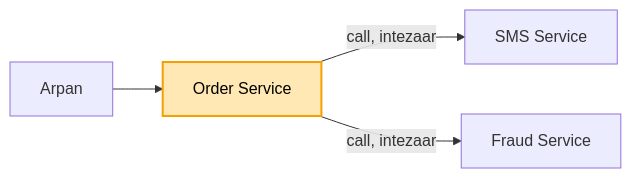
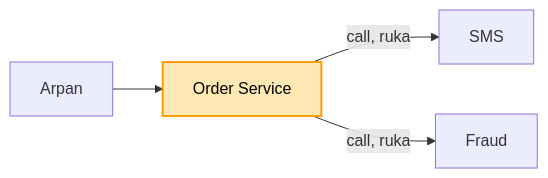
Before and after one commit to ArpanMaheshwari144/Prep: the first of 8 diagrams in 04_HLD/SYSTEM_DESIGNS/12_message_queue_kafka/KAFKA_HAND_NOTES.md, drawn with Mermaid. The commit also changed other lines of this file and 1 other file, not shown here.

Commit message:
HLD kafka: notes dobara (chhoti kahani lines) + 3 cross-Q dono file me (lag 7 din, min.insync pe order, SMS company band = breaker) + diagram saaf

````diff
--- a/04_HLD/SYSTEM_DESIGNS/12_message_queue_kafka/KAFKA_HAND_NOTES.md
+++ b/04_HLD/SYSTEM_DESIGNS/12_message_queue_kafka/KAFKA_HAND_NOTES.md
@@ -23,7 +21,7 @@
 ```mermaid
 flowchart LR
     U["Arpan"] --> O["Order Service"]
-    O -- "call, intezaar" --> S["SMS Service"]
-    O -- "call, intezaar" --> F["Fraud Service"]
+    O -- "call, ruka" --> S["SMS"]
+    O -- "call, ruka" --> F["Fraud"]
     style O fill:#ffe8b3,stroke:#f59f00,stroke-width:2px,color:#000
 ```
````
